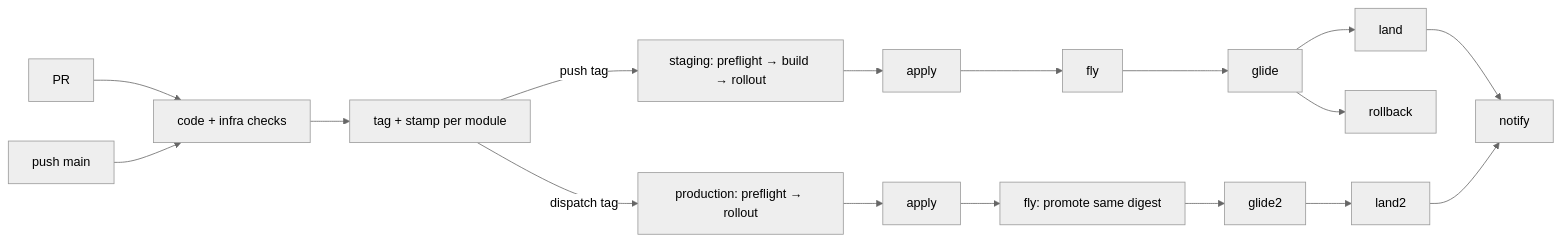
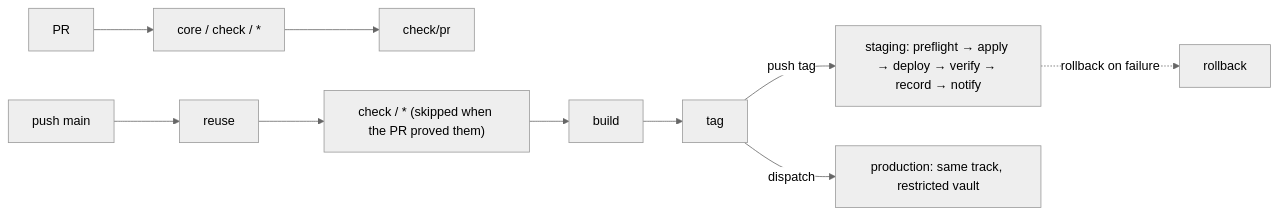
The diagram in README.md (br4zz4/pipelines), drawn with Mermaid (neutral theme) before and after one commit. The commit also changed other lines of this file and 1 other file, not shown here.

````diff
--- a/README.md
+++ b/README.md
@@ -44,10 +35,8 @@
 ```mermaid
 flowchart LR
-  pr[PR] --> checks[code + infra checks]
-  main[push main] --> checks --> tag[tag + stamp per module]
-  tag -->|push tag| staging[staging: preflight → build → rollout]
-  staging --> apply[apply] --> fly --> glide --> land --> notify
-  glide --> rollback
-  tag -->|dispatch tag| production[production: preflight → rollout]
-  production --> apply2[apply] --> fly2[fly: promote same digest] --> glide2 --> land2 --> notify
+  pr[PR] --> checks["core / check / *"] --> gate["check/pr"]
+  main[push main] --> reuse --> checks2["check / * (skipped when the PR proved them)"] --> build --> tag
+  tag -->|push tag| staging["staging: preflight → apply → deploy → verify → record → notify"]
+  tag -->|dispatch| production["production: same track, restricted vault"]
+  staging -.->|rollback on failure| rb[rollback]
 ```
````
